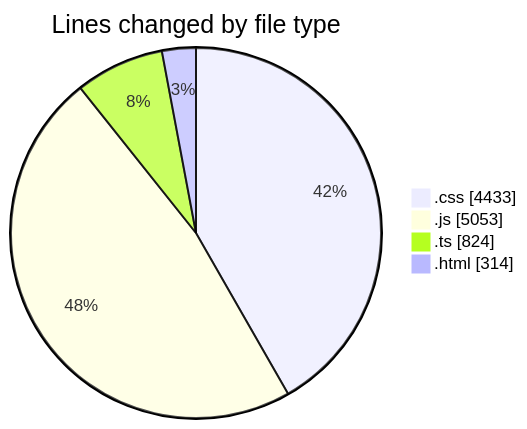
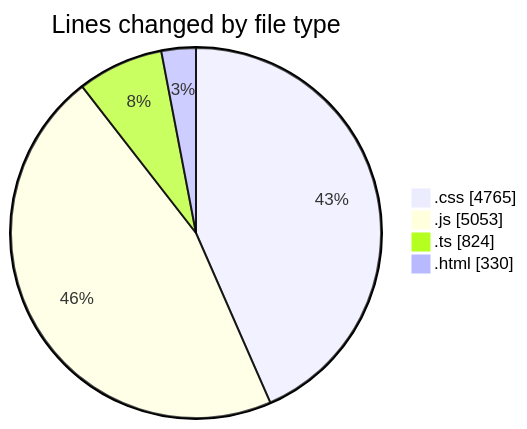
Before and after one commit to tmsrecording-cyber/code-tracking: the first of 2 diagrams in 2026-04-24/darkwire/README.md, drawn with Mermaid. The commit also changed other lines of this file and 1 other file, not shown here.

````diff
--- a/2026-04-24/darkwire/README.md
+++ b/2026-04-24/darkwire/README.md
@@ -36,8 +37,8 @@
 ```mermaid
 pie showData
 title Lines changed by file type
-".css" : 4433
+".css" : 4765
 ".js" : 5053
 ".ts" : 824
-".html" : 314
+".html" : 330
 ```
````
